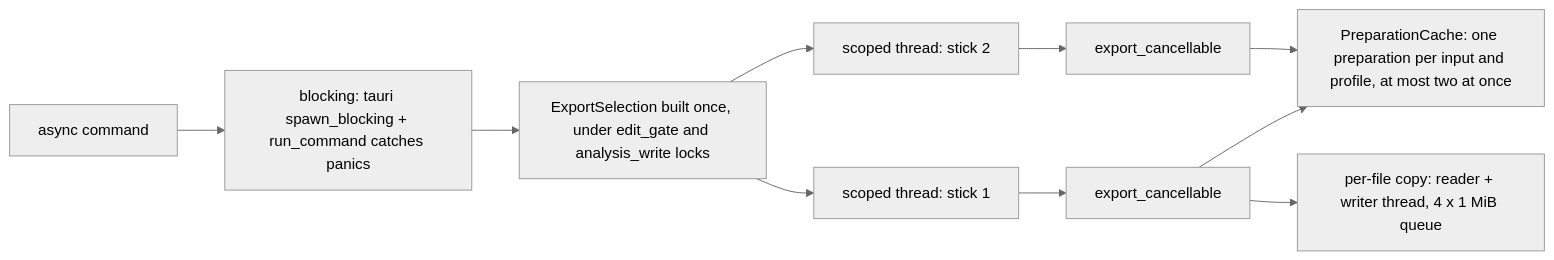
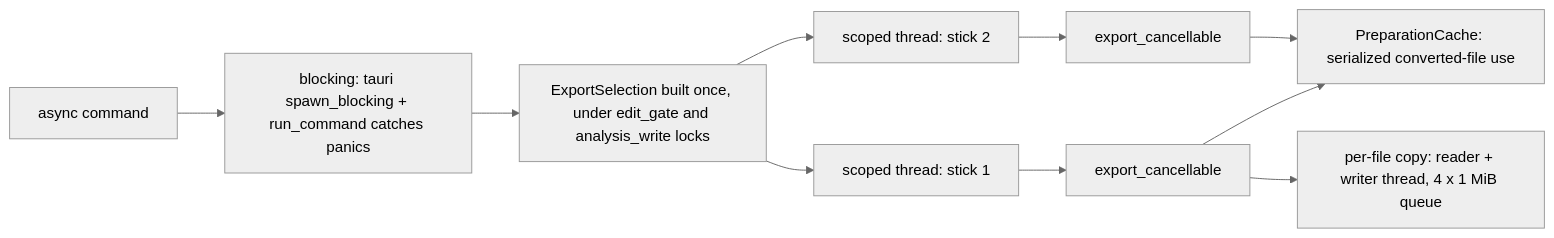
Before and after one commit to chrisle/rbxport: the second of 3 diagrams in docs/reference/usb-export-pipeline.md, drawn with Mermaid (neutral theme). The commit also changed other lines of this file and 5 other files, not shown here.

````diff
--- a/docs/reference/usb-export-pipeline.md
+++ b/docs/reference/usb-export-pipeline.md
@@ -333,12 +333,12 @@
 ```mermaid
 flowchart LR
     A[async command] --> B[blocking: tauri spawn_blocking + run_command catches panics]
     B --> C[ExportSelection built once, under edit_gate and analysis_write locks]
     C --> D1[scoped thread: stick 1]
     C --> D2[scoped thread: stick 2]
     D1 --> E1[export_cancellable]
     D2 --> E2[export_cancellable]
-    E1 --> P[PreparationCache: one preparation per input and profile, at most two at once]
+    E1 --> P[PreparationCache: serialized converted-file use]
     E2 --> P
     E1 --> F1[per-file copy: reader + writer thread, 4 x 1 MiB queue]
 ```
````
